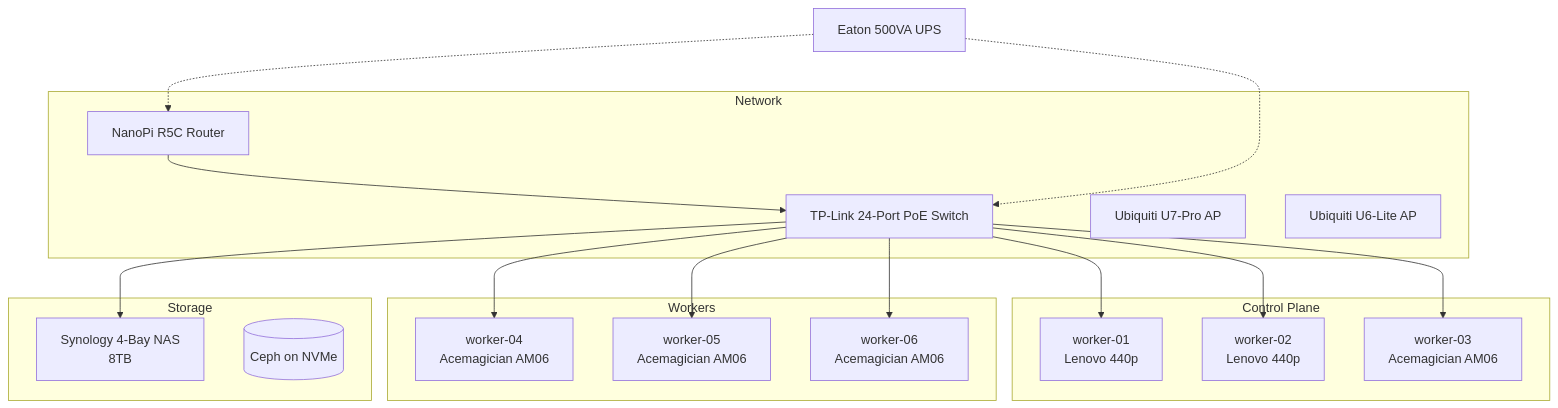
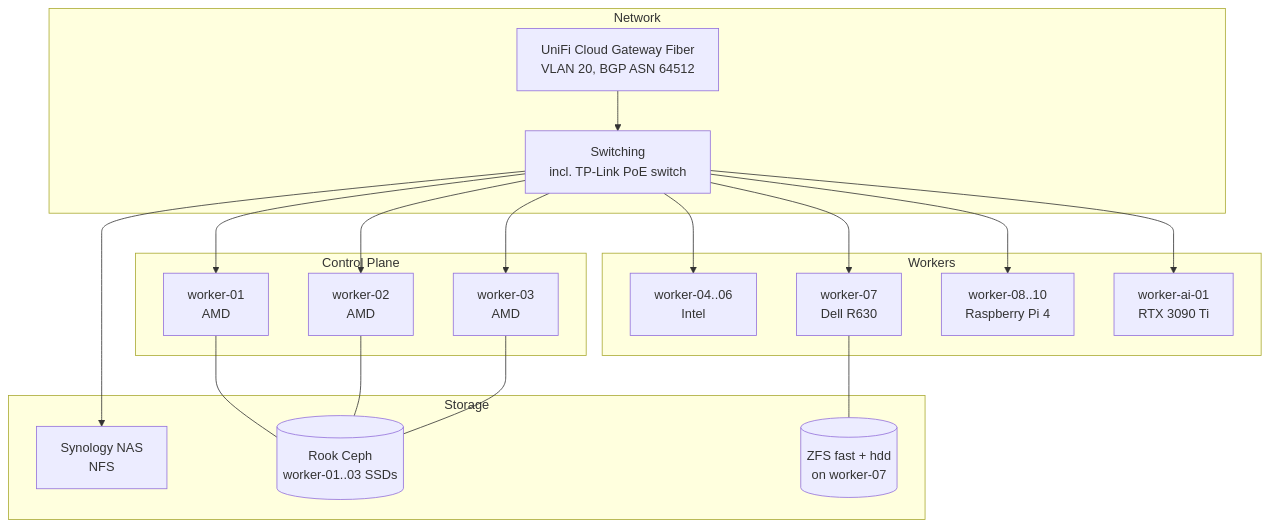
Before and after one commit to swibrow/home-ops: the diagram in docs/infrastructure/index.md, drawn with Mermaid. The commit also changed other lines of this file and 105 other files, not shown here.

````diff
--- a/docs/infrastructure/index.md
+++ b/docs/infrastructure/index.md
@@ -11,32 +11,33 @@
 ```mermaid
 graph TD
     subgraph Network
-        SW[TP-Link 24-Port PoE Switch]
-        RT[NanoPi R5C Router]
-        AP1[Ubiquiti U7-Pro AP]
-        AP2[Ubiquiti U6-Lite AP]
+        GW[UniFi Cloud Gateway Fiber<br/>VLAN 20, BGP ASN 64512]
+        SW[Switching<br/>incl. TP-Link PoE switch]
     end
 
     subgraph Control Plane
-        CP1[worker-01<br/>Lenovo 440p]
-        CP2[worker-02<br/>Lenovo 440p]
-        CP3[worker-03<br/>Acemagician AM06]
+        CP1[worker-01<br/>AMD]
+        CP2[worker-02<br/>AMD]
+        CP3[worker-03<br/>AMD]
     end
 
     subgraph Workers
-        W4[worker-04<br/>Acemagician AM06]
-        W5[worker-05<br/>Acemagician AM06]
-        W6[worker-06<br/>Acemagician AM06]
+        W46[worker-04..06<br/>Intel]
+        W7[worker-07<br/>Dell R630]
+        W810[worker-08..10<br/>Raspberry Pi 4]
+        AI[worker-ai-01<br/>RTX 3090 Ti]
     end
 
     subgraph Storage
-        SYN[Synology 4-Bay NAS<br/>8TB]
-        CEPH[(Ceph on NVMe)]
+        SYN[Synology NAS<br/>NFS]
+        CEPH[(Rook Ceph<br/>worker-01..03 SSDs)]
+        ZFS[(ZFS fast + hdd<br/>on worker-07)]
     end
 
+    GW --> SW
     SW --> CP1 & CP2 & CP3
-    SW --> W4 & W5 & W6
+    SW --> W46 & W7 & W810 & AI
     SW --> SYN
-    RT --> SW
-    UPS[Eaton 500VA UPS] -.-> SW & RT
+    CP1 & CP2 & CP3 --- CEPH
+    W7 --- ZFS
 ```
````
